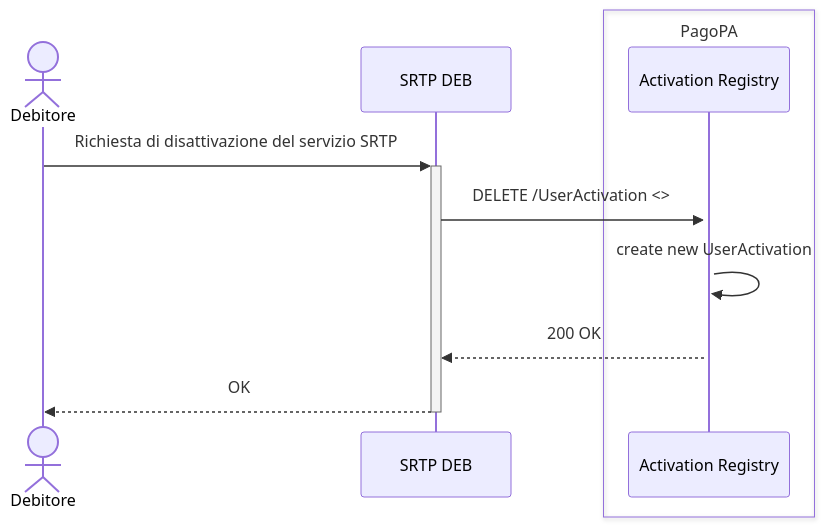
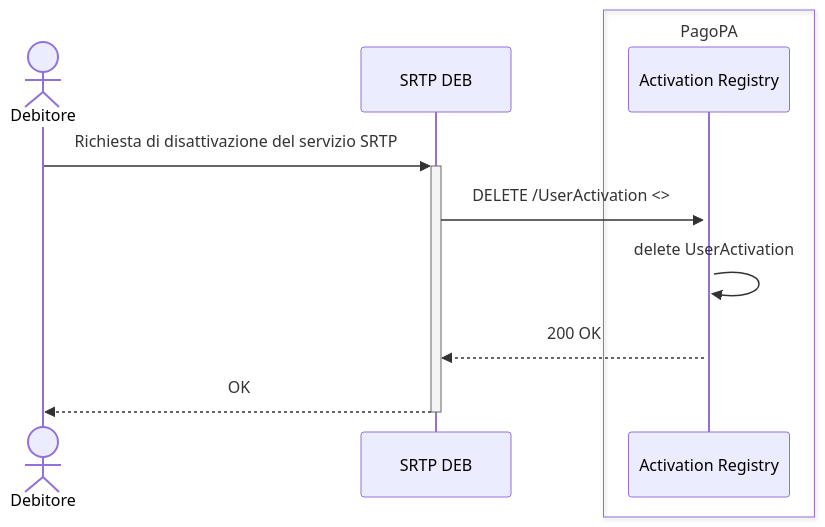
Before and after one commit to pagopa/mil-diags: the diagram in rtp-hyp1/src/deActivation.md, drawn with Mermaid. The commit also changed 7 other files, not shown here.

````diff
--- a/rtp-hyp1/src/deActivation.md
+++ b/rtp-hyp1/src/deActivation.md
@@ -5,22 +5,22 @@
 ```mermaid
 sequenceDiagram
 
 
     actor user as Debitore
     participant srtp as SRTP DEB
 box PagoPA
     participant act as Activation Registry
 end
 
 
 user->>+srtp: Richiesta di disattivazione del servizio SRTP
 srtp->>+act: DELETE /UserActivation <>
 
 
-act ->> act : create new UserActivation
+act ->> act : delete UserActivation
 act -->>srtp : 200 OK 
 
 
 
 srtp -->>- user: OK
 ```
````
